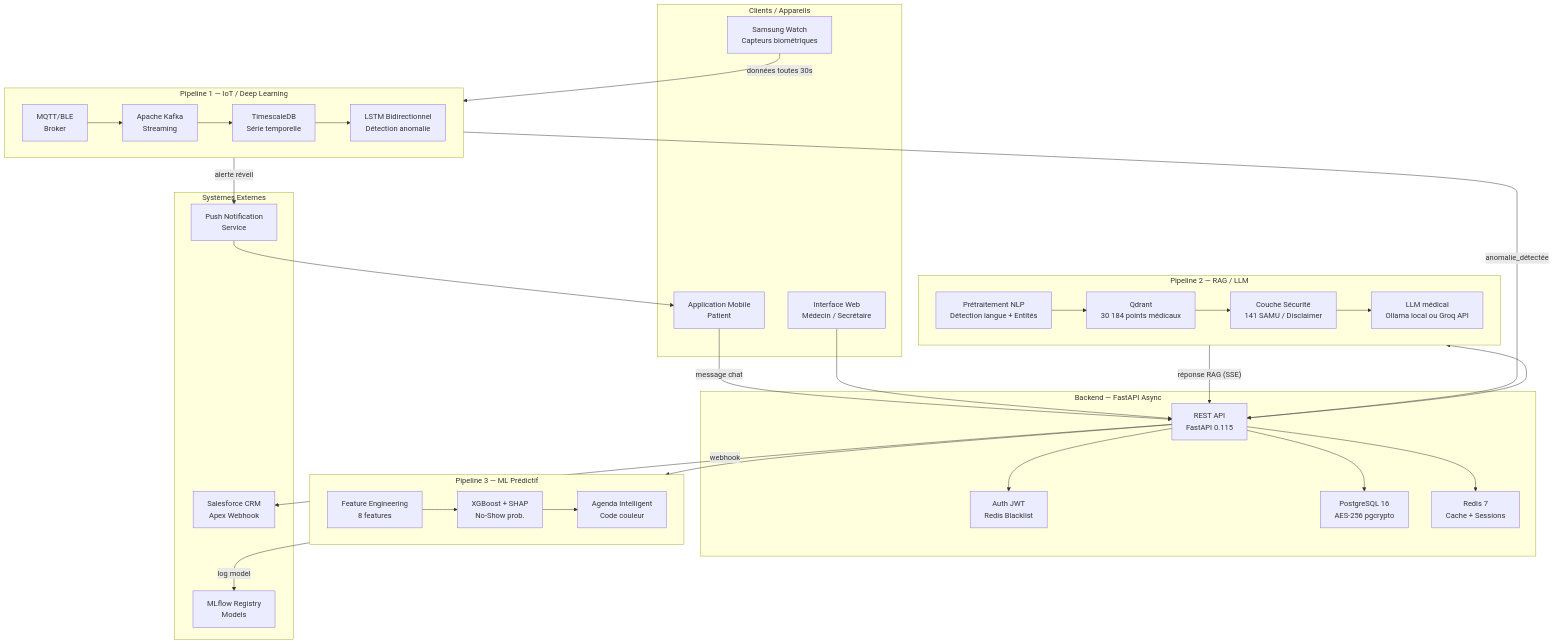
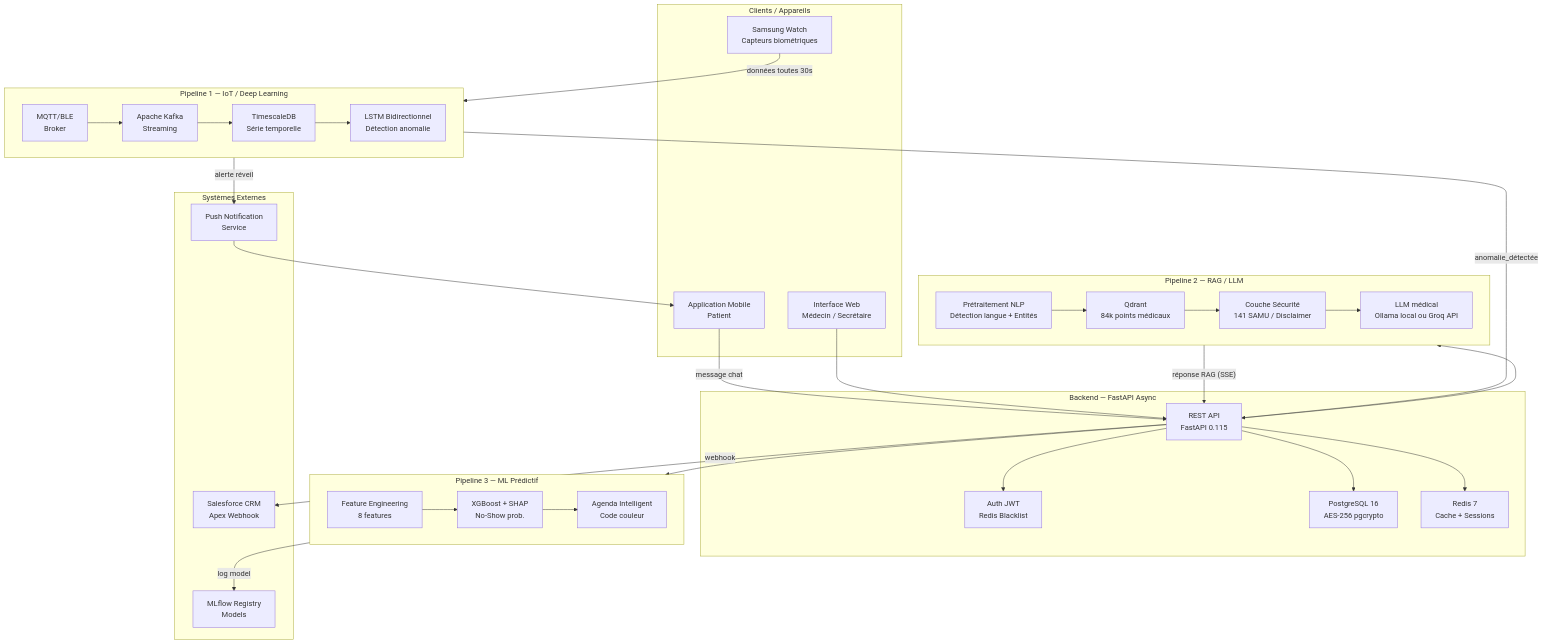
Before and after one commit to Boussyf0/MediSense-AI: the first of 32 diagrams in docs/DIAGRAMMES.md, drawn with Mermaid. The commit also changed other lines of this file and 3 other files, not shown here.

````diff
--- a/docs/DIAGRAMMES.md
+++ b/docs/DIAGRAMMES.md
@@ -62,62 +62,62 @@
 ```mermaid
 flowchart TB
     subgraph Clients["Clients / Appareils"]
         WATCH["Samsung Watch<br/>Capteurs biométriques"]
         APP["Application Mobile<br/>Patient"]
         WEB["Interface Web<br/>Médecin / Secrétaire"]
     end
 
     subgraph P1["Pipeline 1 — IoT / Deep Learning"]
         direction LR
         MQTT["MQTT/BLE<br/>Broker"]
         KAFKA["Apache Kafka<br/>Streaming"]
         TS["TimescaleDB<br/>Série temporelle"]
         LSTM["LSTM Bidirectionnel<br/>Détection anomalie"]
     end
 
     subgraph P2["Pipeline 2 — RAG / LLM"]
         direction LR
         NLP["Prétraitement NLP<br/>Détection langue + Entités"]
-        QDRANT["Qdrant<br/>30 184 points médicaux"]
+        QDRANT["Qdrant<br/>84k points médicaux"]
         SAFETY["Couche Sécurité<br/>141 SAMU / Disclaimer"]
         LLAMA["LLM médical<br/>Ollama local ou Groq API"]
     end
 
     subgraph P3["Pipeline 3 — ML Prédictif"]
         direction LR
         FE["Feature Engineering<br/>8 features"]
         XGB["XGBoost + SHAP<br/>No-Show prob."]
         AGENDA["Agenda Intelligent<br/>Code couleur"]
     end
 
     subgraph Backend["Backend — FastAPI Async"]
         API["REST API<br/>FastAPI 0.115"]
         AUTH["Auth JWT<br/>Redis Blacklist"]
         DB["PostgreSQL 16<br/>AES-256 pgcrypto"]
         REDIS["Redis 7<br/>Cache + Sessions"]
     end
 
     subgraph Externe["Systèmes Externes"]
         SF["Salesforce CRM<br/>Apex Webhook"]
         PUSH["Push Notification<br/>Service"]
         MLFLOW["MLflow Registry<br/>Models"]
     end
 
     WATCH -->|"données toutes 30s"| MQTT
     MQTT --> KAFKA --> TS --> LSTM
     LSTM -->|"anomalie_détectée"| API
     LSTM -->|"alerte réveil"| PUSH
     PUSH --> APP
 
     APP -->|"message chat"| API
     API --> NLP --> QDRANT --> SAFETY --> LLAMA
     LLAMA -->|"réponse RAG (SSE)"| API
 
     WEB --> API
     API --> FE --> XGB --> AGENDA
     API --> AUTH
     API --> DB
     API --> REDIS
     API -->|"webhook"| SF
     XGB -->|"log model"| MLFLOW
 ```
````
